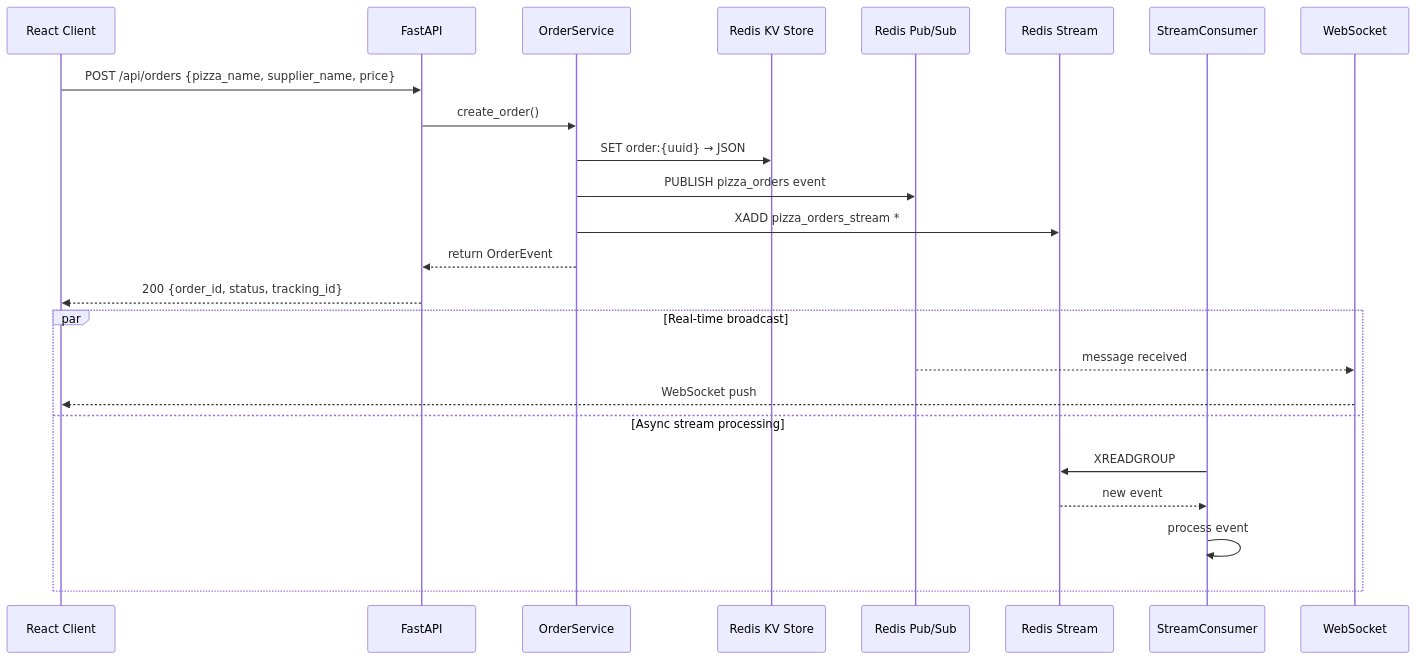
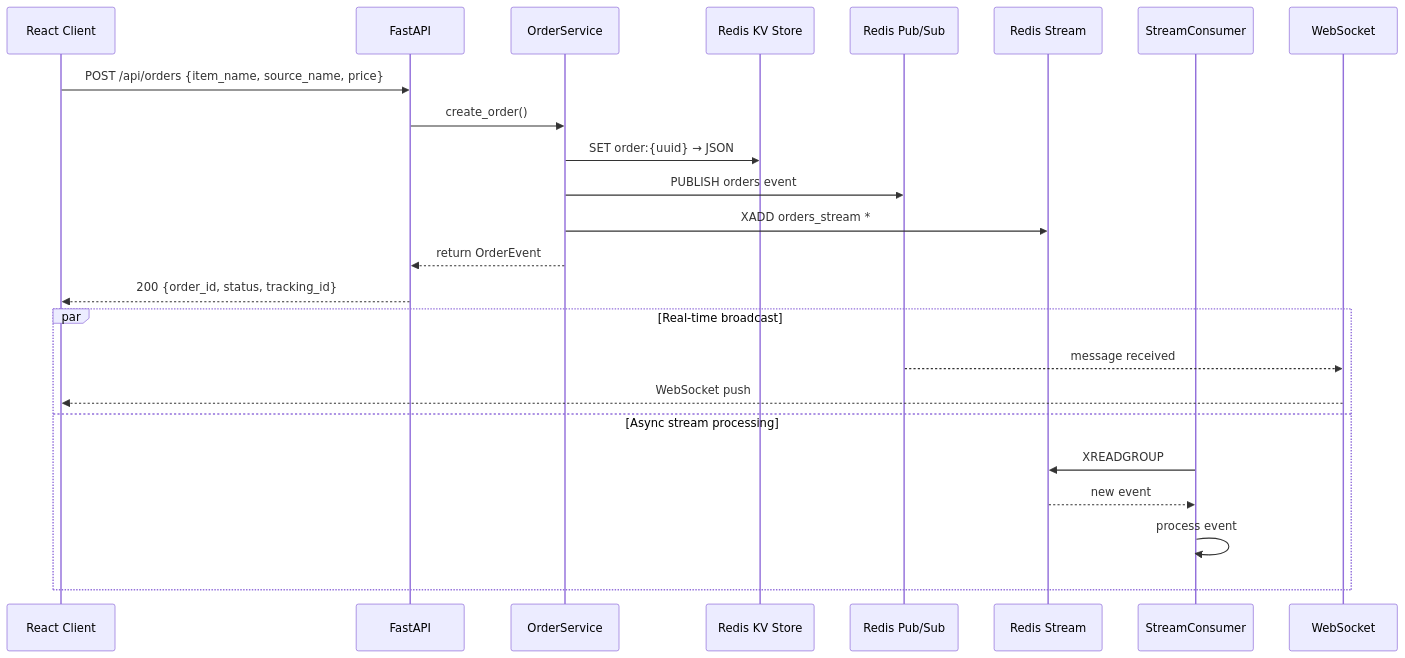
The second of 3 diagrams in README.md (tukue/event-driven-platform), drawn with Mermaid before and after one commit. The commit also changed other lines of this file and 66 other files, not shown here.

````diff
--- a/README.md
+++ b/README.md
@@ -106,28 +106,28 @@
 ```mermaid
 sequenceDiagram
     participant Client as React Client
     participant API as FastAPI
     participant OS as OrderService
     participant KV as Redis KV Store
     participant PS as Redis Pub/Sub
     participant ST as Redis Stream
     participant SC as StreamConsumer
     participant WS as WebSocket
 
-    Client->>API: POST /api/orders {pizza_name, supplier_name, price}
+    Client->>API: POST /api/orders {item_name, source_name, price}
     API->>OS: create_order()
     OS->>KV: SET order:{uuid} → JSON
-    OS->>PS: PUBLISH pizza_orders event
-    OS->>ST: XADD pizza_orders_stream *
+    OS->>PS: PUBLISH orders event
+    OS->>ST: XADD orders_stream *
     OS-->>API: return OrderEvent
     API-->>Client: 200 {order_id, status, tracking_id}
     
     par Real-time broadcast
         PS-->>WS: message received
         WS-->>Client: WebSocket push
     and Async stream processing
         SC->>ST: XREADGROUP
         ST-->>SC: new event
         SC->>SC: process event
     end
 ```
````
